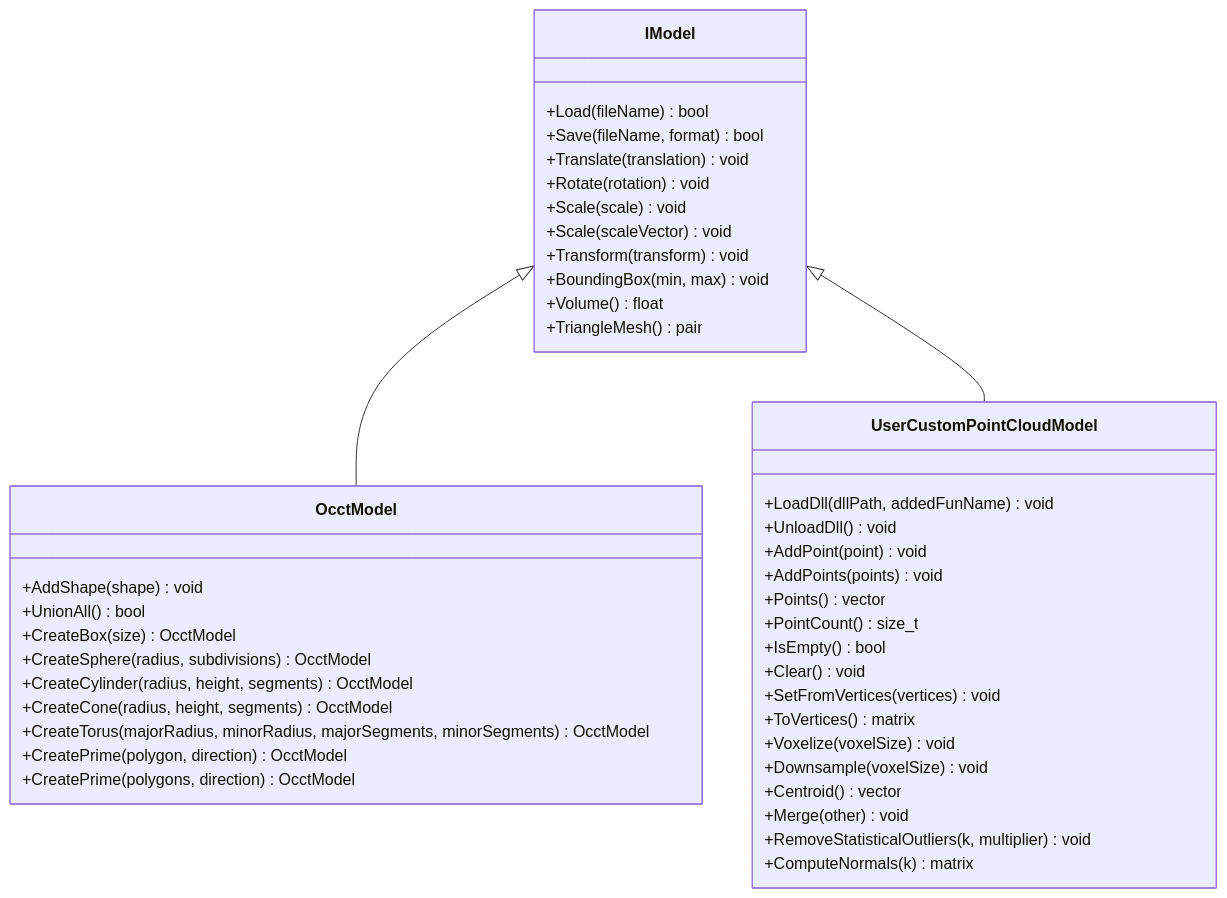
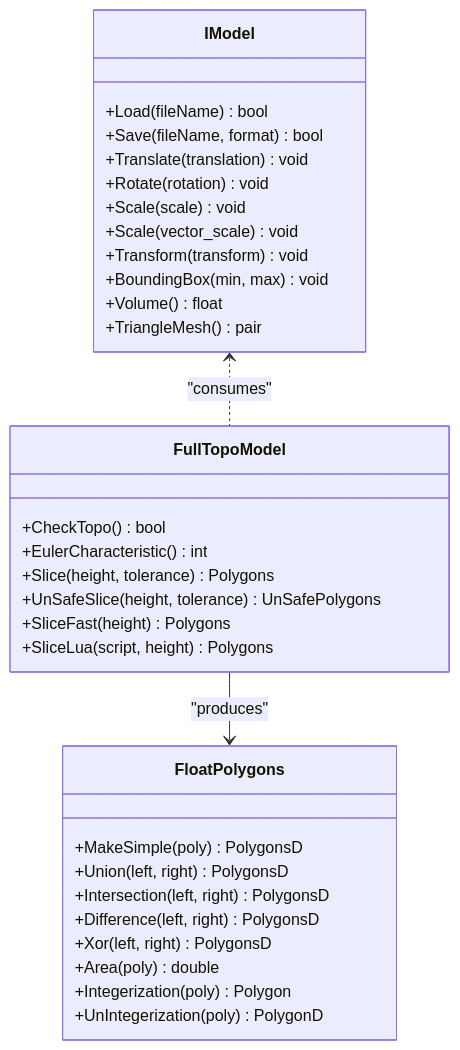
Before and after one commit to hsmbanlance/HsBaSlicer: the fourth of 9 diagrams in .qoder/repowiki/en/content/Core Concepts.md, drawn with Mermaid. The commit also changed other lines of this file and 1095 other files, not shown here.

````diff
--- a/.qoder/repowiki/en/content/Core Concepts.md
+++ b/.qoder/repowiki/en/content/Core Concepts.md
@@ -159,46 +197,35 @@
 ```mermaid
 classDiagram
 class IModel {
 +Load(fileName) bool
 +Save(fileName, format) bool
 +Translate(translation) void
 +Rotate(rotation) void
 +Scale(scale) void
-+Scale(scaleVector) void
++Scale(vector_scale) void
 +Transform(transform) void
 +BoundingBox(min, max) void
 +Volume() float
 +TriangleMesh() pair
 }
-class OcctModel {
-+AddShape(shape) void
-+UnionAll() bool
-+CreateBox(size) OcctModel
-+CreateSphere(radius, subdivisions) OcctModel
-+CreateCylinder(radius, height, segments) OcctModel
-+CreateCone(radius, height, segments) OcctModel
-+CreateTorus(majorRadius, minorRadius, majorSegments, minorSegments) OcctModel
-+CreatePrime(polygon, direction) OcctModel
-+CreatePrime(polygons, direction) OcctModel
+class FullTopoModel {
++CheckTopo() bool
++EulerCharacteristic() int
++Slice(height, tolerance) Polygons
++UnSafeSlice(height, tolerance) UnSafePolygons
++SliceFast(height) Polygons
++SliceLua(script, height) Polygons
 }
-class UserCustomPointCloudModel {
-+LoadDll(dllPath, addedFunName) void
-+UnloadDll() void
-+AddPoint(point) void
-+AddPoints(points) void
-+Points() vector
-+PointCount() size_t
-+IsEmpty() bool
-+Clear() void
-+SetFromVertices(vertices) void
-+ToVertices() matrix
-+Voxelize(voxelSize) void
-+Downsample(voxelSize) void
-+Centroid() vector
-+Merge(other) void
-+RemoveStatisticalOutliers(k, multiplier) void
-+ComputeNormals(k) matrix
+class FloatPolygons {
++MakeSimple(poly) PolygonsD
++Union(left, right) PolygonsD
++Intersection(left, right) PolygonsD
++Difference(left, right) PolygonsD
++Xor(left, right) PolygonsD
++Area(poly) double
++Integerization(poly) Polygon
++UnIntegerization(poly) PolygonD
 }
-IModel <|-- OcctModel
-IModel <|-- UserCustomPointCloudModel
+IModel <.. FullTopoModel : "consumes"
+FullTopoModel --> FloatPolygons : "produces"
 ```
````
